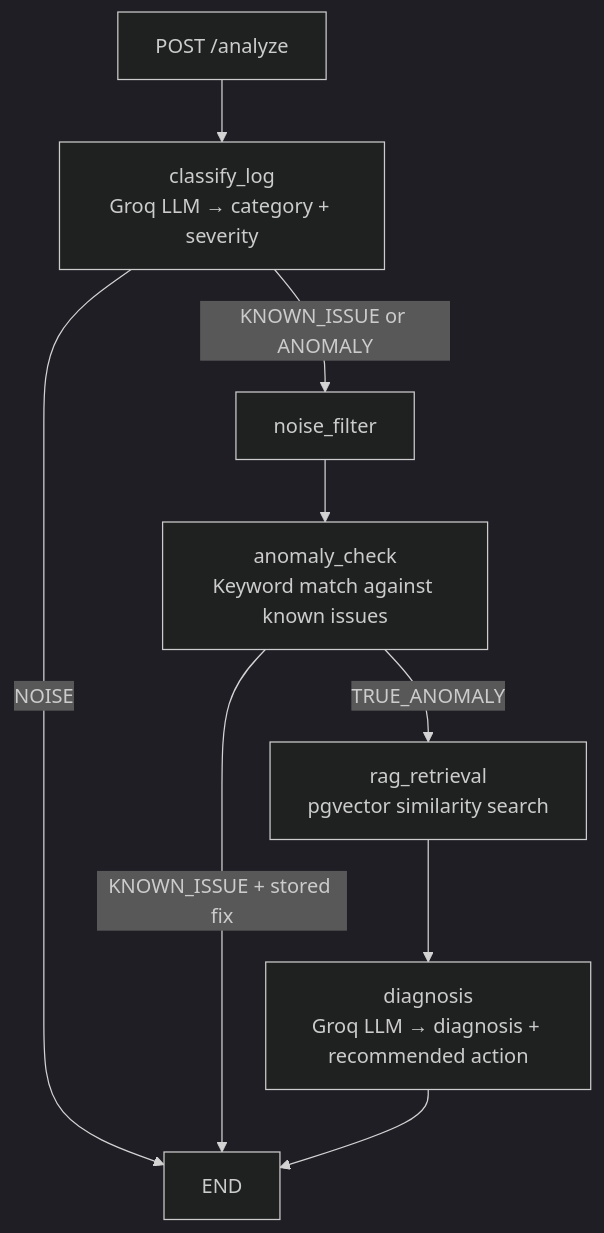
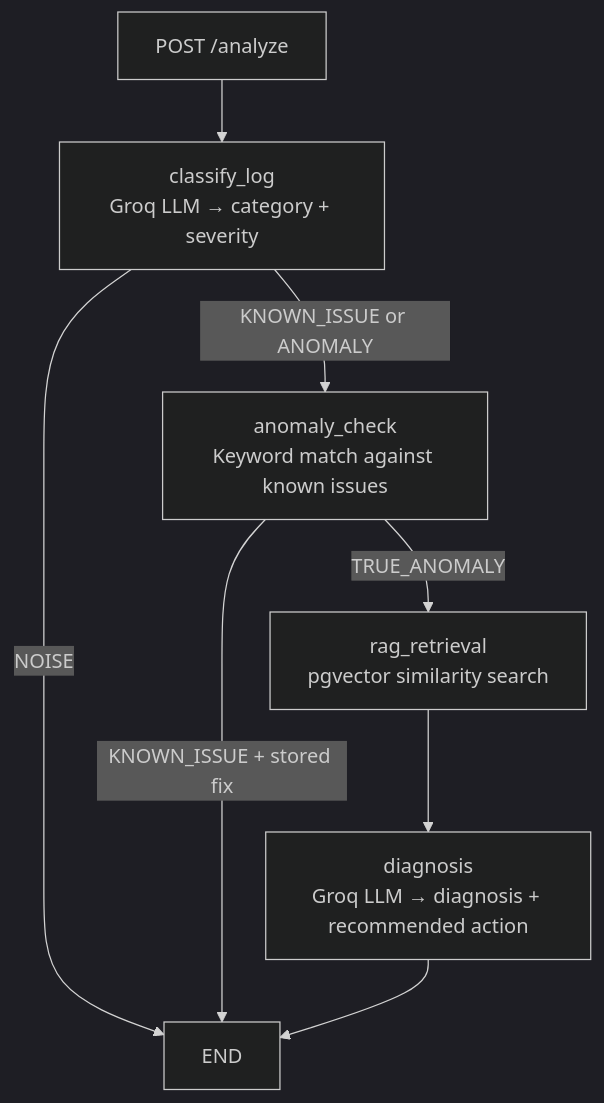
Before and after one commit to shaurya10n/log-diagnosis-agent: the diagram in README.md, drawn with Mermaid (dark theme). The commit also changed 2 other files, not shown here.

Commit message:
removed a passthrough function and updated readme

````diff
--- a/README.md
+++ b/README.md
@@ -11,11 +11,10 @@
 ```mermaid
 graph TD
     A[POST /analyze] --> B[classify_log\nGroq LLM → category + severity]
     B -->|NOISE| Z[END]
-    B -->|KNOWN_ISSUE or ANOMALY| C[noise_filter]
-    C --> D[anomaly_check\nKeyword match against known issues]
+    B -->|KNOWN_ISSUE or ANOMALY| D[anomaly_check\nKeyword match against known issues]
     D -->|KNOWN_ISSUE + stored fix| Z
     D -->|TRUE_ANOMALY| E[rag_retrieval\npgvector similarity search]
     E --> F[diagnosis\nGroq LLM → diagnosis + recommended action]
     F --> Z
 ```
````
